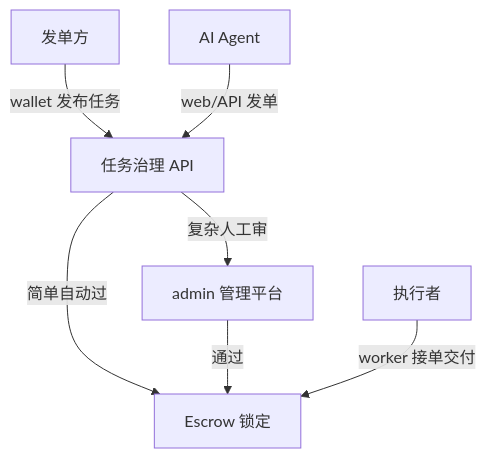
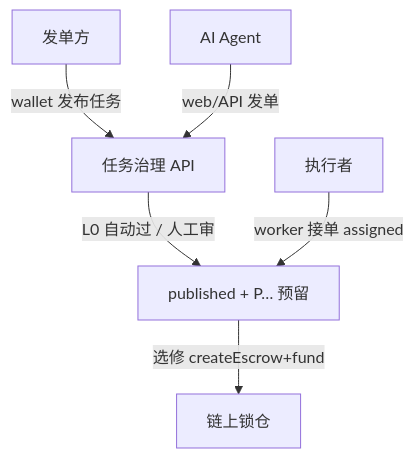
One commit to AgentSkillMesh/docs changed the diagram in docs/technical/CLIENTS.md. Above: the diagram before and after it, drawn with Mermaid. The commit also changed other lines of this file and 25 other files, not shown here.

````diff
--- a/docs/technical/CLIENTS.md
+++ b/docs/technical/CLIENTS.md
@@ -25,9 +25,8 @@
 ```mermaid
 flowchart TB
   Publisher[发单方] -->|wallet 发布任务| Gov[任务治理 API]
-  Gov -->|简单自动过| Chain[Escrow 锁定]
-  Gov -->|复杂人工审| Admin[admin 管理平台]
-  Admin -->|通过| Chain
-  Worker[执行者] -->|worker 接单交付| Chain
+  Gov -->|L0 自动过 / 人工审| Published["published + P… 预留"]
+  Worker[执行者] -->|worker 接单 assigned| Published
+  Published -->|选修 createEscrow+fund| Chain[链上锁仓]
   Agent[AI Agent] -->|web/API 发单| Gov
 ```
````
